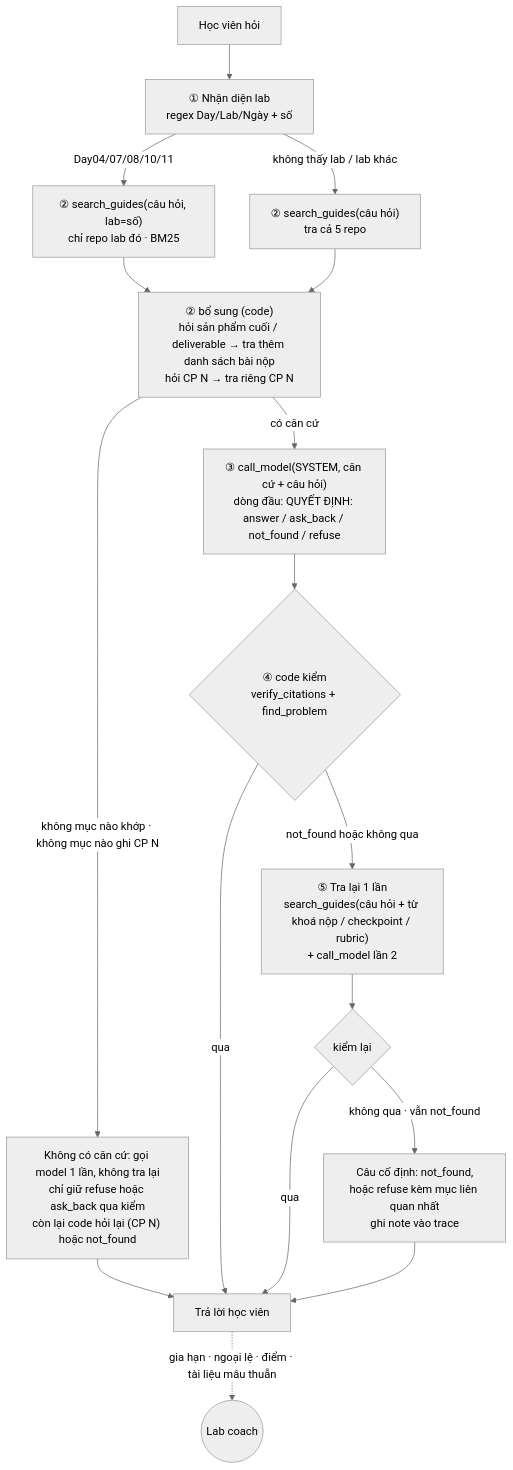
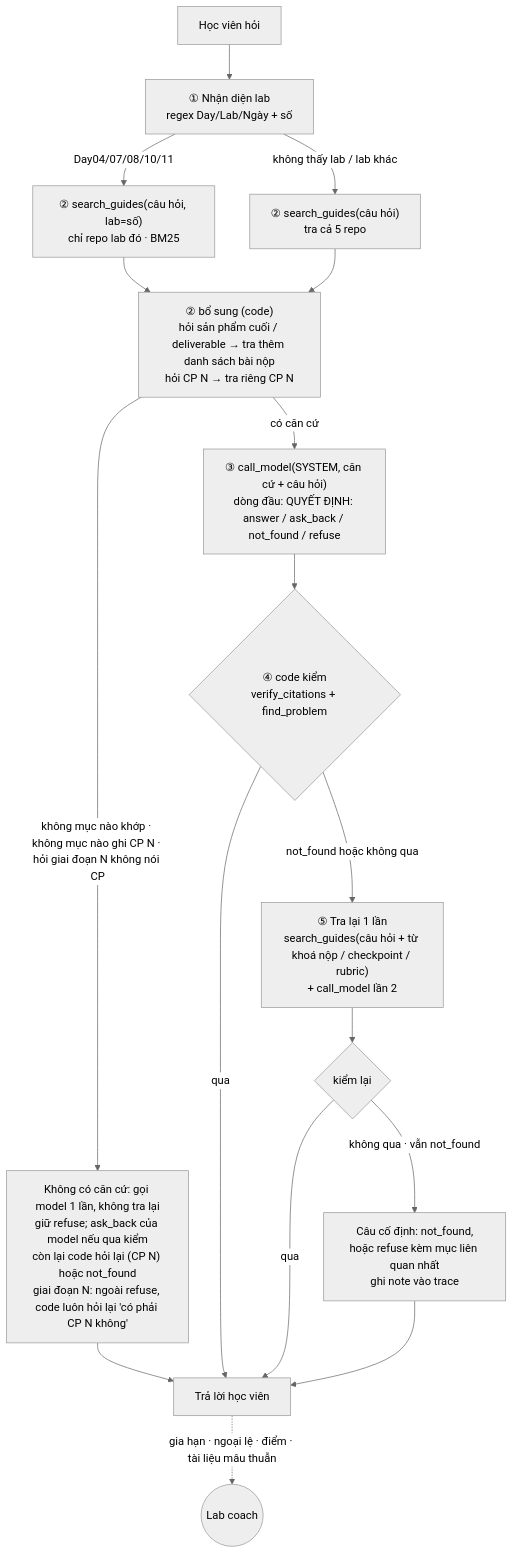
The diagram in spec.md (copengoknghek/K5-Day15-L3A-TayDuKy), drawn with Mermaid (neutral theme) before and after one commit. The commit also changed other lines of this file and 1 other file, not shown here.

Commit message:
Hỏi lại khi câu hỏi nói "giai đoạn N" mà không nói CP
Code hỏi "có phải CP N không" thay vì tự đoán; cập nhật spec §4, §10.
Mới thử bằng model giả lập.

````diff
--- a/spec.md
+++ b/spec.md
@@ -44,19 +44,19 @@
 ```mermaid
 flowchart TD
     Q[Học viên hỏi] --> L["① Nhận diện lab<br/>regex Day/Lab/Ngày + số"]
     L -->|"Day04/07/08/10/11"| S1["② search_guides(câu hỏi, lab=số)<br/>chỉ repo lab đó · BM25"]
     L -->|"không thấy lab / lab khác"| S0["② search_guides(câu hỏi)<br/>tra cả 5 repo"]
     S1 --> X["② bổ sung (code)<br/>hỏi sản phẩm cuối / deliverable → tra thêm danh sách bài nộp<br/>hỏi CP N → tra riêng CP N"]
     S0 --> X
     X -->|"có căn cứ"| M["③ call_model(SYSTEM, căn cứ + câu hỏi)<br/>dòng đầu: QUYẾT ĐỊNH: answer / ask_back / not_found / refuse"]
-    X -->|"không mục nào khớp · không mục nào ghi CP N"| E["Không có căn cứ: gọi model 1 lần, không tra lại<br/>chỉ giữ refuse hoặc ask_back qua kiểm<br/>còn lại code hỏi lại (CP N) hoặc not_found"]
+    X -->|"không mục nào khớp · không mục nào ghi CP N · hỏi giai đoạn N không nói CP"| E["Không có căn cứ: gọi model 1 lần, không tra lại<br/>giữ refuse; ask_back của model nếu qua kiểm<br/>còn lại code hỏi lại (CP N) hoặc not_found<br/>giai đoạn N: ngoài refuse, code luôn hỏi lại 'có phải CP N không'"]
     E --> OUT[Trả lời học viên]
     M --> V{"④ code kiểm<br/>verify_citations + find_problem"}
     V -->|"qua"| OUT
     V -->|"not_found hoặc không qua"| R["⑤ Tra lại 1 lần<br/>search_guides(câu hỏi + từ khoá nộp / checkpoint / rubric)<br/>+ call_model lần 2"]
     R --> V2{"kiểm lại"}
     V2 -->|"qua"| OUT
     V2 -->|"không qua · vẫn not_found"| B["Câu cố định: not_found,<br/>hoặc refuse kèm mục liên quan nhất<br/>ghi note vào trace"]
     B --> OUT
     OUT -.->|"gia hạn · ngoại lệ · điểm · tài liệu mâu thuẫn"| H((Lab coach))
 ```
````
